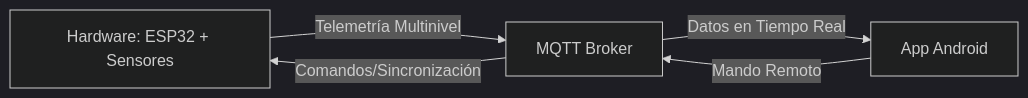
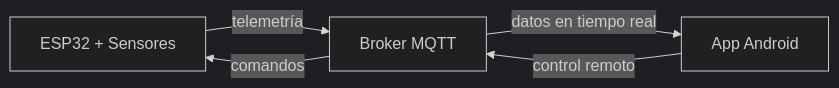
One commit to manramirezpi/SolarTracker changed the diagram in v2/README.md. Above: the diagram before and after it, drawn with Mermaid (dark theme). The commit also changed other lines of this file, not shown here.

````diff
--- a/v2/README.md
+++ b/v2/README.md
@@ -12,7 +14,7 @@
 ```mermaid
-graph LR;
-    H[Hardware: ESP32 + Sensores] -- Telemetría Multinivel --> B[MQTT Broker]
-    B -- Comandos/Sincronización --> H
-    B -- Datos en Tiempo Real --> A[App Android]
-    A -- Mando Remoto --> B
+graph LR
+    H[ESP32 + Sensores] -- telemetría --> B[Broker MQTT]
+    B -- comandos --> H
+    B -- datos en tiempo real --> A[App Android]
+    A -- control remoto --> B
 ```
````
